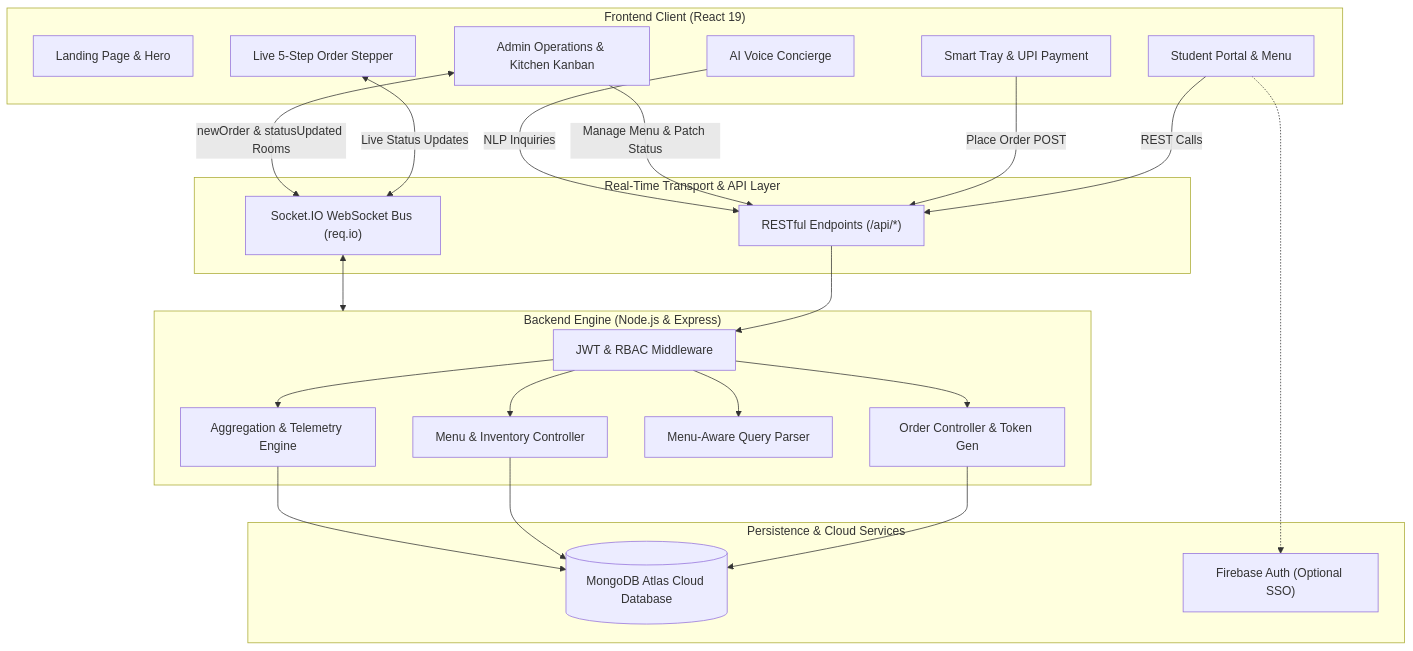
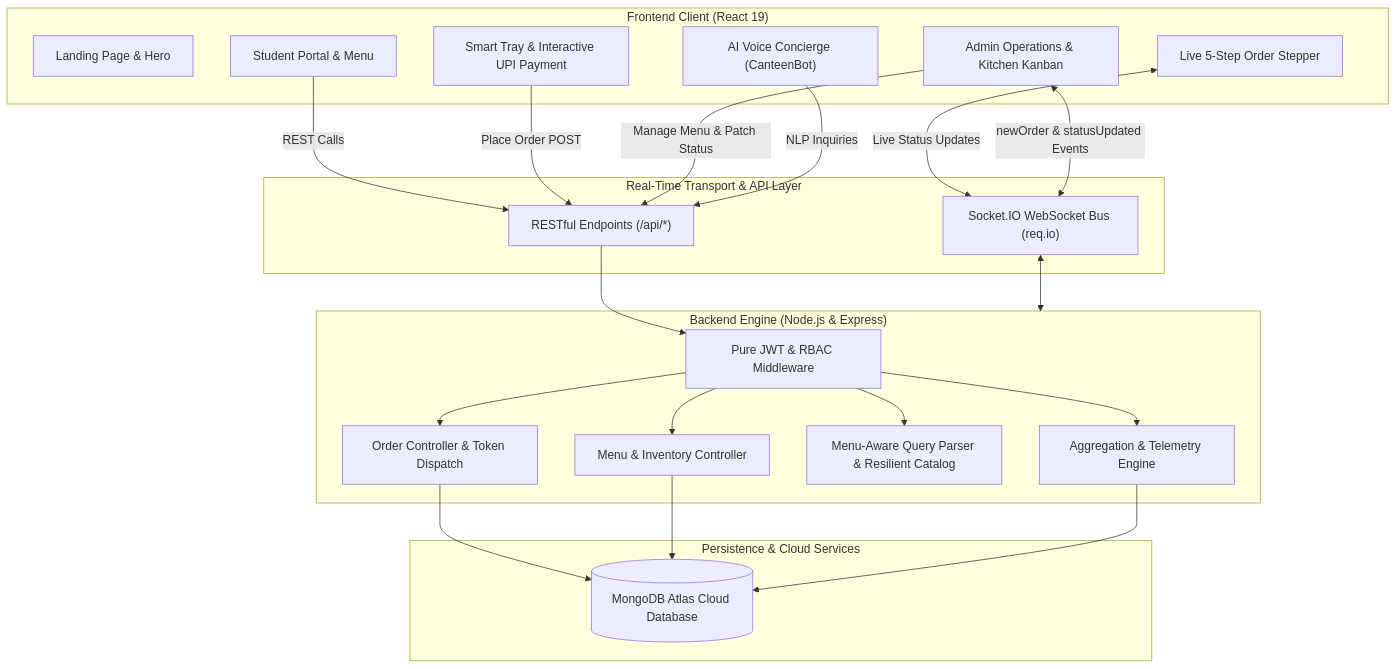
Before and after one commit to Lishanthraa-cse/Canteen-Managment-System: the diagram in README.md, drawn with Mermaid. The commit also changed other lines of this file and 32 other files, not shown here.

Commit message:
feat: pure JWT authentication, interactive UPI payment flow, resilient CanteenBot AI, and project cleanup

````diff
--- a/README.md
+++ b/README.md
@@ -29,46 +42,44 @@
 ```mermaid
 flowchart TD
     subgraph ClientLayer["Frontend Client (React 19)"]
         UI_Home["Landing Page & Hero"]
         UI_Student["Student Portal & Menu"]
-        UI_Cart["Smart Tray & UPI Payment"]
+        UI_Cart["Smart Tray & Interactive UPI Payment"]
         UI_Tracker["Live 5-Step Order Stepper"]
-        UI_Bot["AI Voice Concierge"]
+        UI_Bot["AI Voice Concierge (CanteenBot)"]
         UI_Admin["Admin Operations & Kitchen Kanban"]
     end
 
     subgraph TransportLayer["Real-Time Transport & API Layer"]
         HTTP_REST["RESTful Endpoints (/api/*)"]
         WS_Socket["Socket.IO WebSocket Bus (req.io)"]
     end
 
     subgraph ServerLayer["Backend Engine (Node.js & Express)"]
-        AUTH_JWT["JWT & RBAC Middleware"]
-        CTR_Order["Order Controller & Token Gen"]
+        AUTH_JWT["Pure JWT & RBAC Middleware"]
+        CTR_Order["Order Controller & Token Dispatch"]
         CTR_Menu["Menu & Inventory Controller"]
-        CTR_Bot["Menu-Aware Query Parser"]
+        CTR_Bot["Menu-Aware Query Parser & Resilient Catalog"]
         CTR_Stats["Aggregation & Telemetry Engine"]
     end
 
     subgraph DataLayer["Persistence & Cloud Services"]
         MDB[("MongoDB Atlas Cloud Database")]
-        FB_AUTH["Firebase Auth (Optional SSO)"]
     end
 
     UI_Student -->|REST Calls| HTTP_REST
     UI_Cart -->|Place Order POST| HTTP_REST
     UI_Admin -->|Manage Menu & Patch Status| HTTP_REST
     UI_Bot -->|NLP Inquiries| HTTP_REST
     
     UI_Tracker <-->|Live Status Updates| WS_Socket
-    UI_Admin <-->|newOrder & statusUpdated Rooms| WS_Socket
+    UI_Admin <-->|newOrder & statusUpdated Events| WS_Socket
 
     HTTP_REST --> AUTH_JWT
     AUTH_JWT --> CTR_Order & CTR_Menu & CTR_Bot & CTR_Stats
     WS_Socket <--> ServerLayer
 
     CTR_Order --> MDB
     CTR_Menu --> MDB
     CTR_Stats --> MDB
-    UI_Student -.-> FB_AUTH
 ```
````
